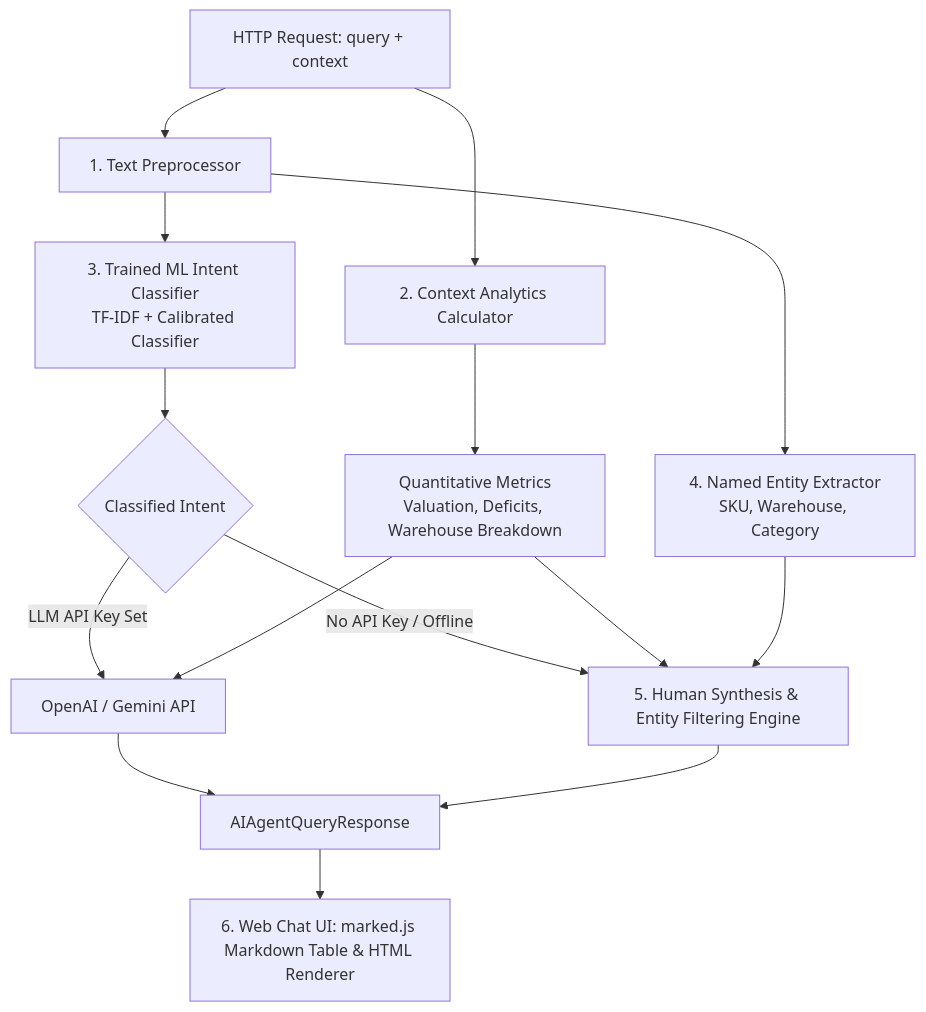
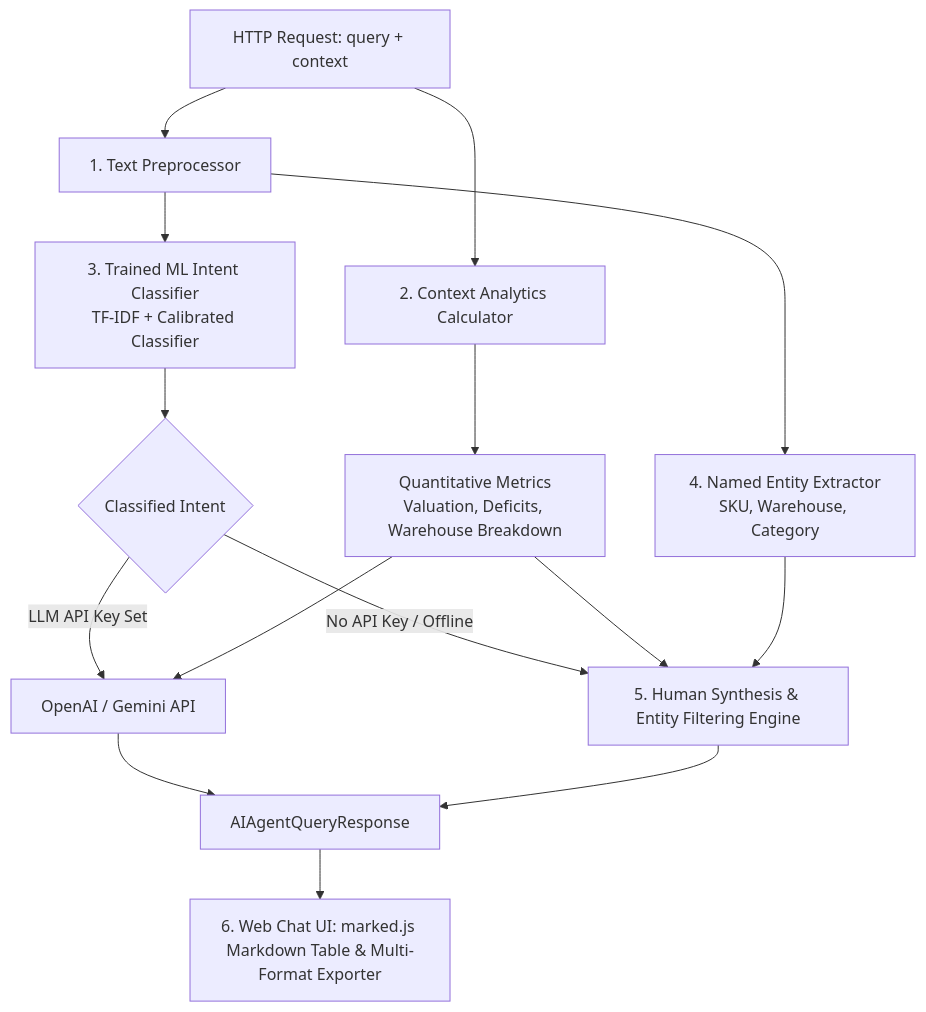
One commit to ervivekumrao/Agentic-inventory changed the diagram in docs/AI_AGENT_ARCHITECTURE.md. Above: the diagram before and after it, drawn with Mermaid. The commit also changed other lines of this file and 148 other files, not shown here.

````diff
--- a/docs/AI_AGENT_ARCHITECTURE.md
+++ b/docs/AI_AGENT_ARCHITECTURE.md
@@ -15,23 +31,23 @@
 ```mermaid
 graph TD
     Request[HTTP Request: query + context] --> Preprocessor[1. Text Preprocessor]
     Request --> Calculator[2. Context Analytics Calculator]
 
     Preprocessor --> MLClassifier[3. Trained ML Intent Classifier<br/>TF-IDF + Calibrated Classifier]
     Preprocessor --> EntityExtractor[4. Named Entity Extractor<br/>SKU, Warehouse, Category]
     
     MLClassifier --> Intent{Classified Intent}
     Calculator --> Metrics[Quantitative Metrics<br/>Valuation, Deficits, Warehouse Breakdown]
 
     Intent -->|LLM API Key Set| ExternalLLM[OpenAI / Gemini API]
     Intent -->|No API Key / Offline| LocalEngine[5. Human Synthesis & Entity Filtering Engine]
     
     Metrics --> LocalEngine
     EntityExtractor --> LocalEngine
     Metrics --> ExternalLLM
 
     ExternalLLM --> Response[AIAgentQueryResponse]
     LocalEngine --> Response
     
-    Response --> Frontend[6. Web Chat UI: marked.js Markdown Table & HTML Renderer]
+    Response --> Frontend[6. Web Chat UI: marked.js Markdown Table & Multi-Format Exporter]
 ```
````
